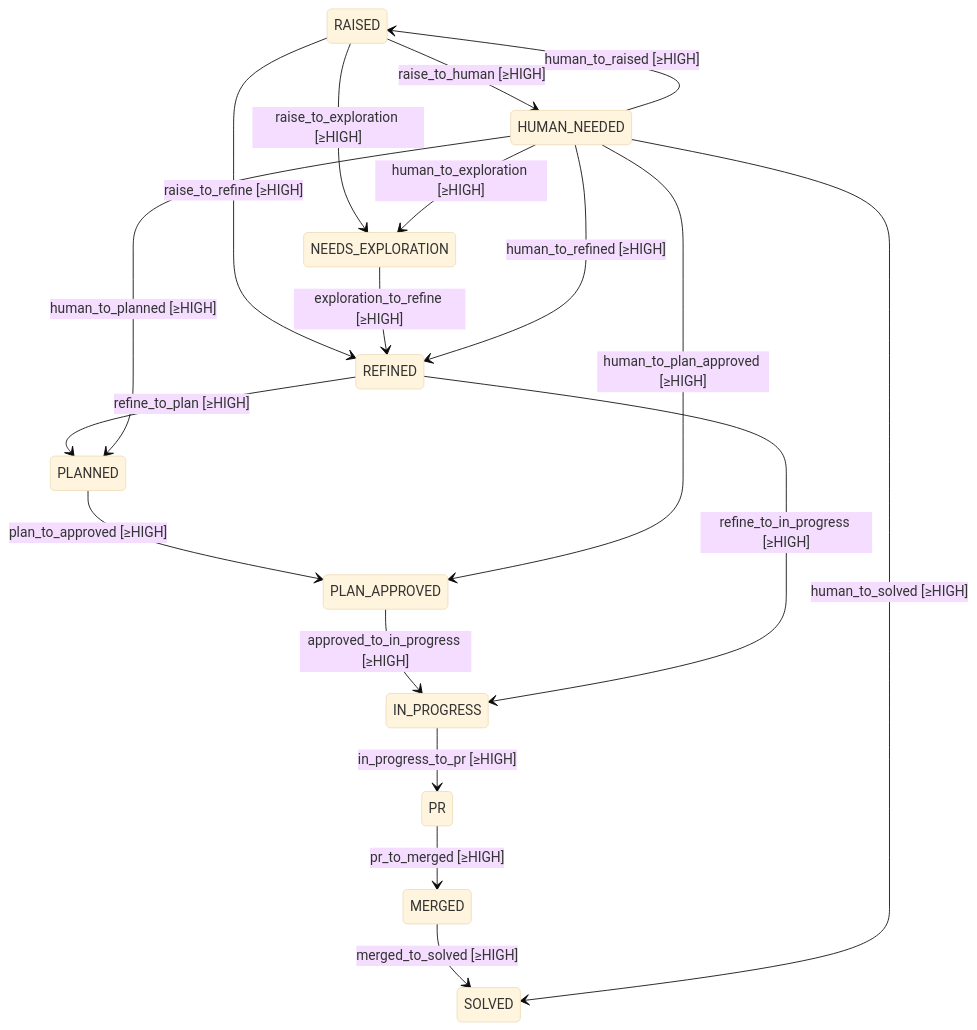
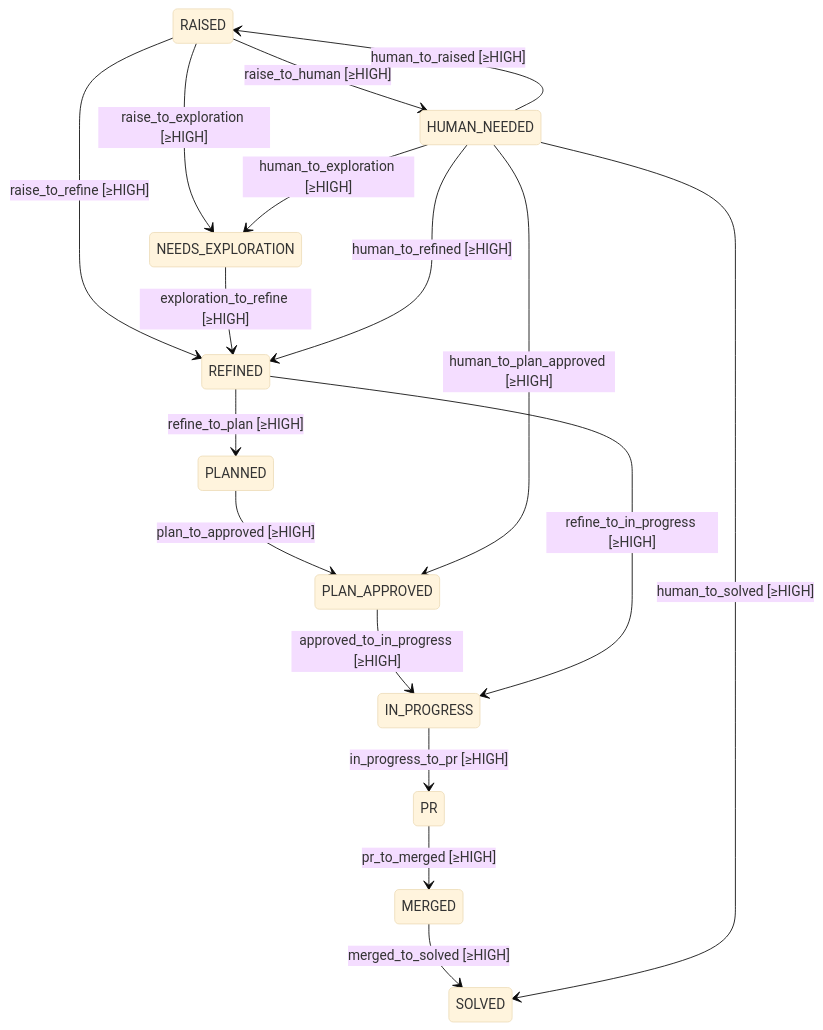
Before and after one commit to damien-robotsix/robotsix-cai: the first of 2 diagrams in docs/fsm.md, drawn with Mermaid (base theme). The commit also changed 3 other files, not shown here.

First line of the commit message:
refactor(fsm): drop human_to_planned — not a valid resume target

````diff
--- a/docs/fsm.md
+++ b/docs/fsm.md
@@ -14,20 +14,19 @@
 ```mermaid
 stateDiagram-v2
     RAISED --> REFINED : raise_to_refine [≥HIGH]
     RAISED --> NEEDS_EXPLORATION : raise_to_exploration [≥HIGH]
     RAISED --> HUMAN_NEEDED : raise_to_human [≥HIGH]
     REFINED --> PLANNED : refine_to_plan [≥HIGH]
     PLANNED --> PLAN_APPROVED : plan_to_approved [≥HIGH]
     PLAN_APPROVED --> IN_PROGRESS : approved_to_in_progress [≥HIGH]
     REFINED --> IN_PROGRESS : refine_to_in_progress [≥HIGH]
     IN_PROGRESS --> PR : in_progress_to_pr [≥HIGH]
     PR --> MERGED : pr_to_merged [≥HIGH]
     MERGED --> SOLVED : merged_to_solved [≥HIGH]
     NEEDS_EXPLORATION --> REFINED : exploration_to_refine [≥HIGH]
     HUMAN_NEEDED --> RAISED : human_to_raised [≥HIGH]
     HUMAN_NEEDED --> REFINED : human_to_refined [≥HIGH]
-    HUMAN_NEEDED --> PLANNED : human_to_planned [≥HIGH]
     HUMAN_NEEDED --> PLAN_APPROVED : human_to_plan_approved [≥HIGH]
     HUMAN_NEEDED --> NEEDS_EXPLORATION : human_to_exploration [≥HIGH]
     HUMAN_NEEDED --> SOLVED : human_to_solved [≥HIGH]
 ```
````
